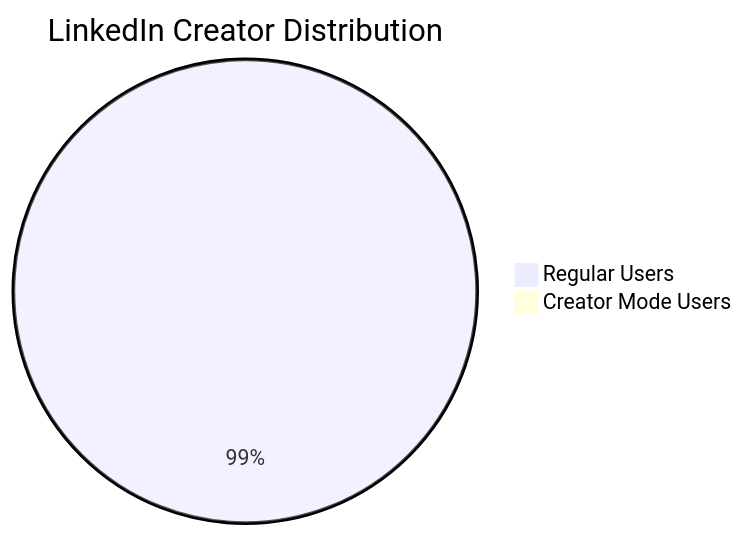
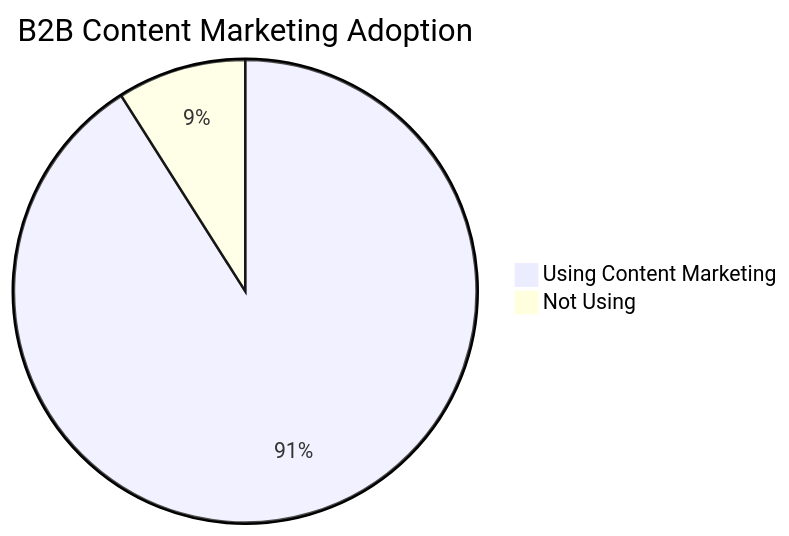
The first of 4 diagrams in README.md (salahuddinfa/Dashboard_MSIT_New), drawn with Mermaid before and after one commit. The commit also changed other lines of this file, not shown here.

````diff
--- a/README.md
+++ b/README.md
@@ -29,5 +32,5 @@
 ```mermaid
-pie title LinkedIn Creator Distribution
-    "Regular Users" : 944.5
-    "Creator Mode Users" : 5.5
+pie title B2B Content Marketing Adoption
+    "Using Content Marketing" : 91
+    "Not Using" : 9
 ```
````
